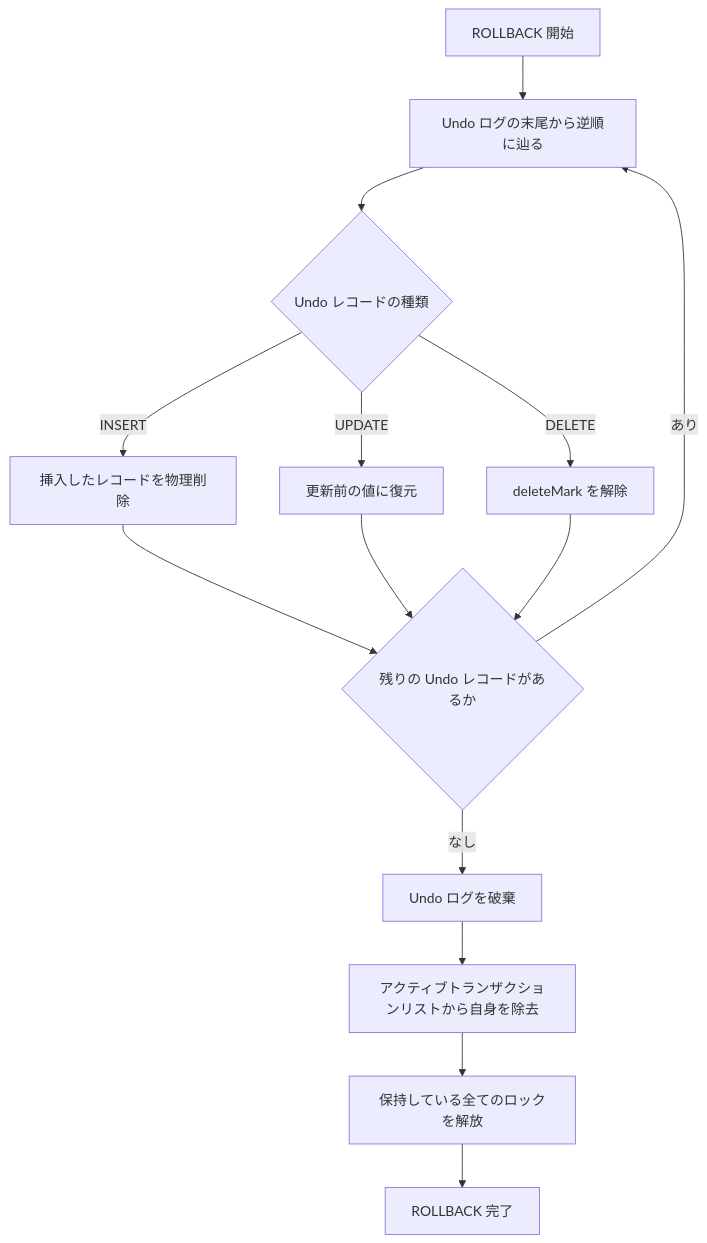
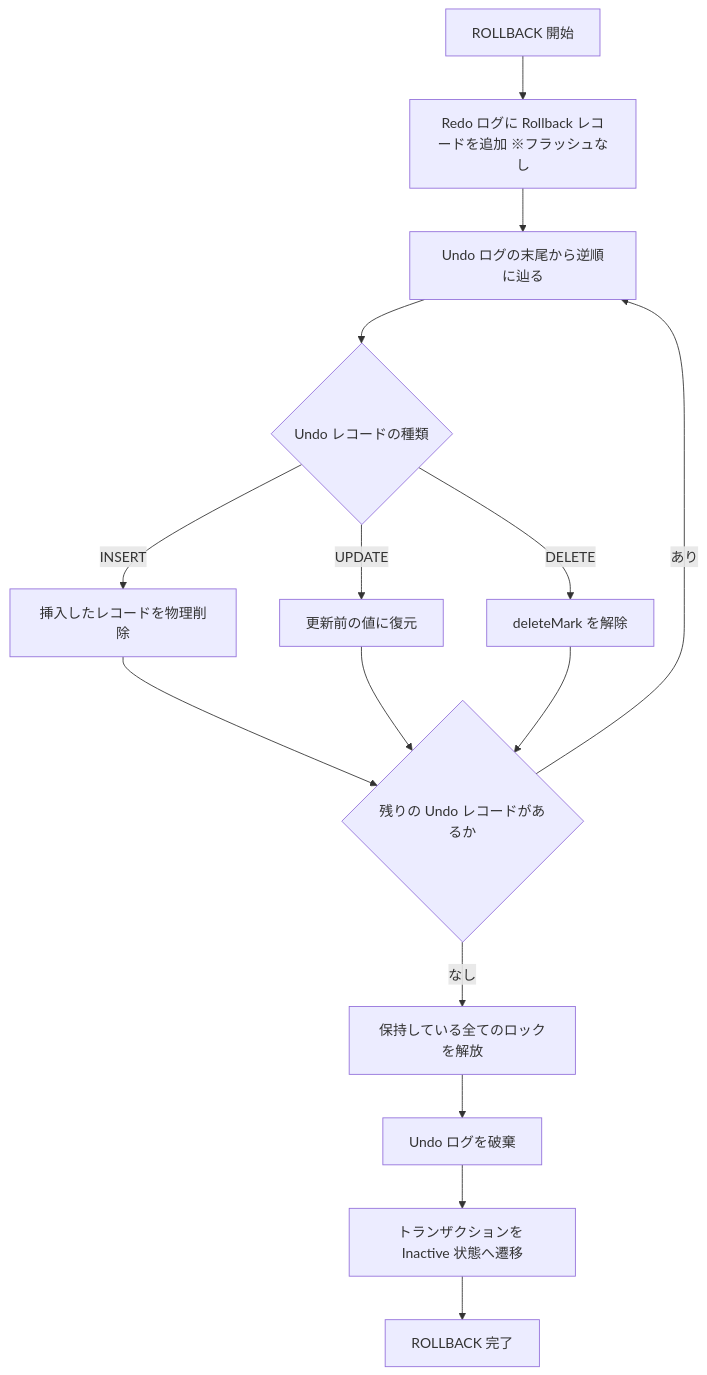
The second of 2 diagrams in docs/architecture/storage/access/mvcc.md (ren-yamanashi/minesql), drawn with Mermaid before and after one commit. The commit also changed other lines of this file and 7 other files, not shown here.

````diff
--- a/docs/architecture/storage/access/mvcc.md
+++ b/docs/architecture/storage/access/mvcc.md
@@ -256,16 +257,17 @@
 ```mermaid
 flowchart TD
-    A[ROLLBACK 開始] --> B[Undo ログの末尾から逆順に辿る]
-    B --> C{Undo レコードの種類}
-    C -->|INSERT| D[挿入したレコードを物理削除]
-    C -->|UPDATE| E[更新前の値に復元]
-    C -->|DELETE| F[deleteMark を解除]
-    D --> G{残りの Undo レコードがあるか}
-    E --> G
-    F --> G
-    G -->|あり| B
-    G -->|なし| H[Undo ログを破棄]
-    H --> I[アクティブトランザクションリストから自身を除去]
-    I --> J[保持している全てのロックを解放]
-    J --> K[ROLLBACK 完了]
+    A[ROLLBACK 開始] --> B[Redo ログに Rollback レコードを追加 ※フラッシュなし]
+    B --> C[Undo ログの末尾から逆順に辿る]
+    C --> D{Undo レコードの種類}
+    D -->|INSERT| E[挿入したレコードを物理削除]
+    D -->|UPDATE| F[更新前の値に復元]
+    D -->|DELETE| G[deleteMark を解除]
+    E --> H{残りの Undo レコードがあるか}
+    F --> H
+    G --> H
+    H -->|あり| C
+    H -->|なし| I[保持している全てのロックを解放]
+    I --> J[Undo ログを破棄]
+    J --> K[トランザクションを Inactive 状態へ遷移]
+    K --> L[ROLLBACK 完了]
 ```
````
